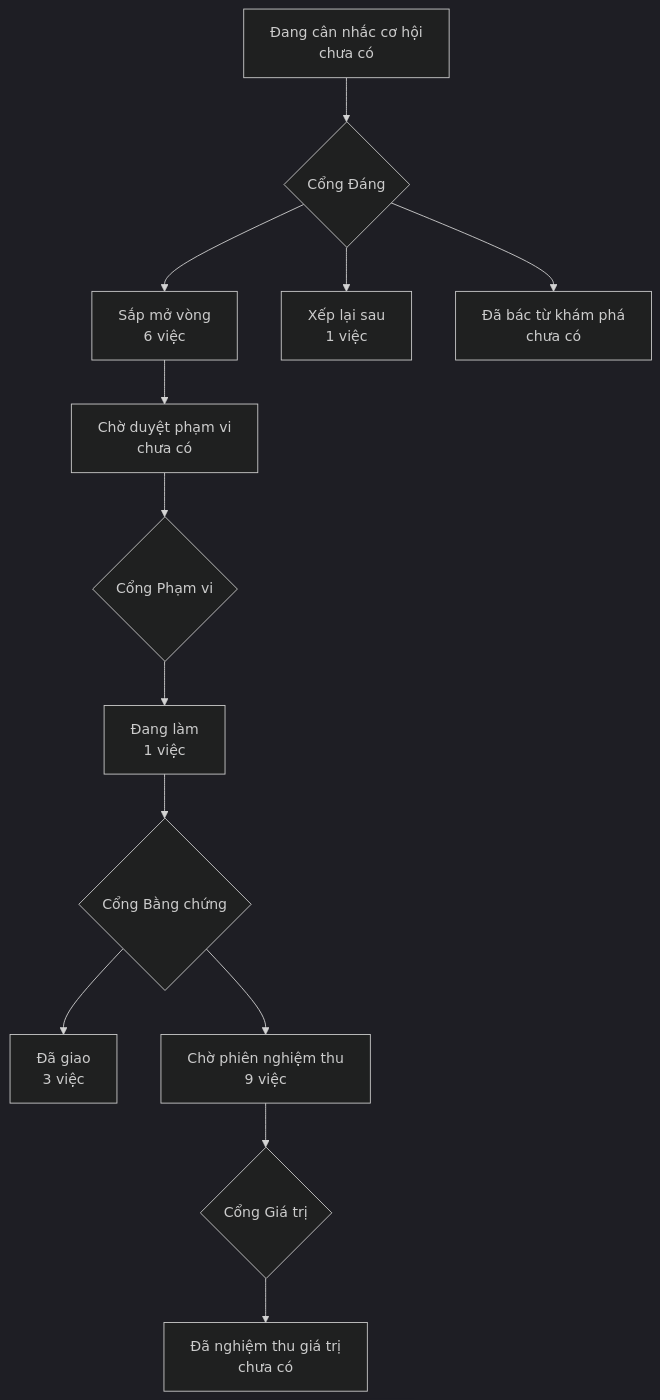
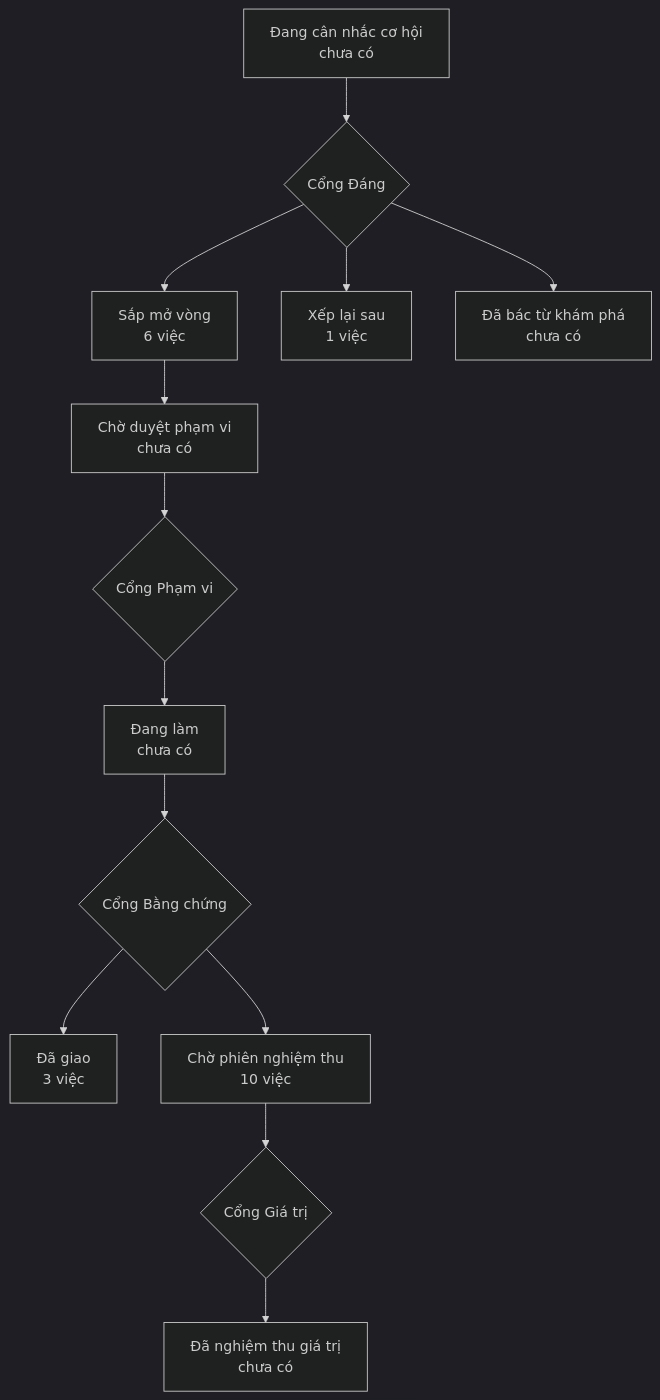
One commit to phanlemanh/onehub-quy-hang changed the diagram in PRODUCT-MAP.md. Above: the diagram before and after it, drawn with Mermaid (dark theme). The commit also changed other lines of this file and 4 other files, not shown here.

````diff
--- a/PRODUCT-MAP.md
+++ b/PRODUCT-MAP.md
@@ -7,12 +7,12 @@
 ```mermaid
 flowchart TD
   A["Đang cân nhắc cơ hội<br/>chưa có"] --> GD{"Cổng Đáng"}
   GD --> B["Sắp mở vòng<br/>6 việc"]
   GD --> XL["Xếp lại sau<br/>1 việc"]
   GD --> DB["Đã bác từ khám phá<br/>chưa có"]
   B --> CD["Chờ duyệt phạm vi<br/>chưa có"] --> GP{"Cổng Phạm vi"}
-  GP --> DL["Đang làm<br/>1 việc"] --> GB{"Cổng Bằng chứng"}
+  GP --> DL["Đang làm<br/>chưa có"] --> GB{"Cổng Bằng chứng"}
   GB --> DG["Đã giao<br/>3 việc"]
-  GB --> CN["Chờ phiên nghiệm thu<br/>9 việc"] --> GG{"Cổng Giá trị"}
+  GB --> CN["Chờ phiên nghiệm thu<br/>10 việc"] --> GG{"Cổng Giá trị"}
   GG --> NT["Đã nghiệm thu giá trị<br/>chưa có"]
 ```
````
